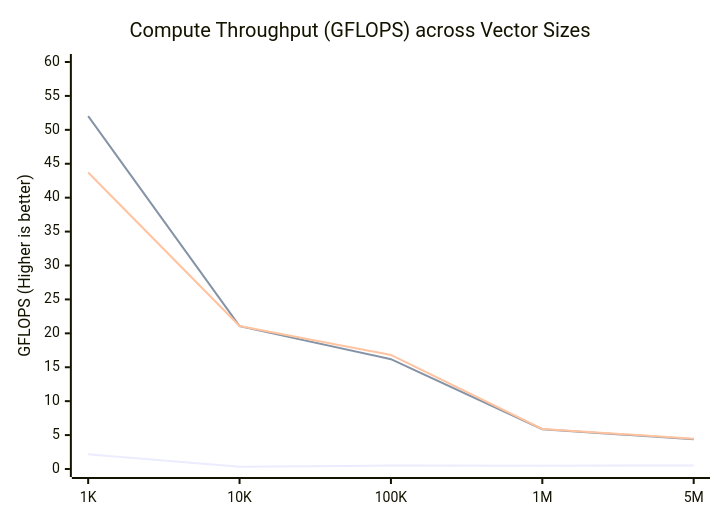
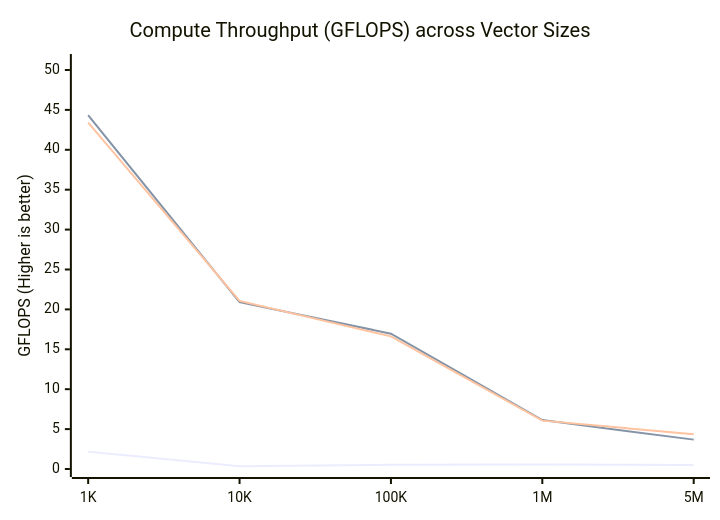
Before and after one commit to maithreyanprabhu2907-prog/Vector: the first of 2 diagrams in docs/benchmarks.md, drawn with Mermaid. The commit also changed other lines of this file and 9 other files, not shown here.

````diff
--- a/docs/benchmarks.md
+++ b/docs/benchmarks.md
@@ -67,9 +56,9 @@
 ```mermaid
 xychart-beta
     title "Compute Throughput (GFLOPS) across Vector Sizes"
     x-axis ["1K", "10K", "100K", "1M", "5M"]
-    y-axis "GFLOPS (Higher is better)" 0 --> 60
-    line [2.17, 0.34, 0.50, 0.49, 0.51]
-    line [52.03, 21.06, 16.19, 5.86, 4.39]
-    line [43.71, 21.08, 16.82, 5.90, 4.47]
+    y-axis "GFLOPS (Higher is better)" 0 --> 51
+    line [2.17, 0.36, 0.52, 0.57, 0.49]
+    line [44.33, 20.90, 16.96, 6.13, 3.68]
+    line [43.41, 21.06, 16.62, 6.06, 4.35]
 ```
````
